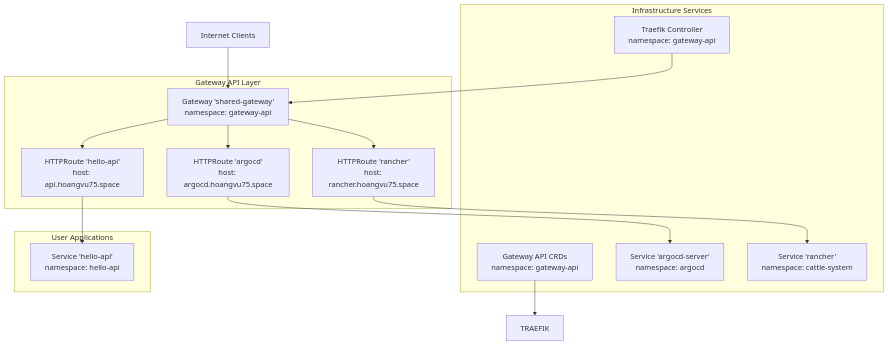
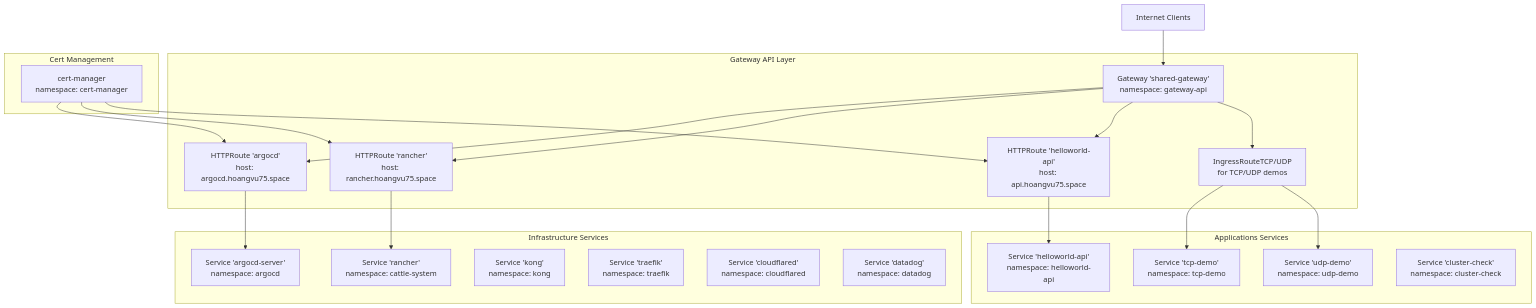
The second of 6 diagrams in .qoder/repowiki/en/content/Playground Applications/Playground Applications.md (Hoangvu75/k8s_manifest), drawn with Mermaid before and after one commit. The commit also changed other lines of this file and 31 other files, not shown here.

````diff
--- a/.qoder/repowiki/en/content/Playground Applications/Playground Applications.md
+++ b/.qoder/repowiki/en/content/Playground Applications/Playground Applications.md
@@ -131,28 +145,41 @@
 ```mermaid
 graph TB
 Internet["Internet Clients"]
 subgraph "Gateway API Layer"
 SharedGW["Gateway 'shared-gateway'<br/>namespace: gateway-api"]
 ARGOHR["HTTPRoute 'argocd'<br/>host: argocd.hoangvu75.space"]
 RANCHHR["HTTPRoute 'rancher'<br/>host: rancher.hoangvu75.space"]
-HELLOHR["HTTPRoute 'hello-api'<br/>host: api.hoangvu75.space"]
+HELLOHR["HTTPRoute 'helloworld-api'<br/>host: api.hoangvu75.space"]
+ENDPOINT["IngressRouteTCP/UDP<br/>for TCP/UDP demos"]
+end
+subgraph "Applications Services"
+HELLO["Service 'helloworld-api'<br/>namespace: helloworld-api"]
+TCPDEMO["Service 'tcp-demo'<br/>namespace: tcp-demo"]
+UDPDEMO["Service 'udp-demo'<br/>namespace: udp-demo"]
+CLUSTER["Service 'cluster-check'<br/>namespace: cluster-check"]
 end
 subgraph "Infrastructure Services"
-GATEWAYAPI["Gateway API CRDs<br/>namespace: gateway-api"]
-TRADEFIK["Traefik Controller<br/>namespace: gateway-api"]
 ARGO["Service 'argocd-server'<br/>namespace: argocd"]
 RANCH["Service 'rancher'<br/>namespace: cattle-system"]
+KONG["Service 'kong'<br/>namespace: kong"]
+TRADEFIK["Service 'traefik'<br/>namespace: traefik"]
+CLOUDFLARE["Service 'cloudflared'<br/>namespace: cloudflared"]
+DATADOG["Service 'datadog'<br/>namespace: datadog"]
 end
-subgraph "User Applications"
-HELLO["Service 'hello-api'<br/>namespace: hello-api"]
+subgraph "Cert Management"
+CM["cert-manager<br/>namespace: cert-manager"]
 end
 Internet --> SharedGW
 SharedGW --> ARGOHR
 SharedGW --> RANCHHR
 SharedGW --> HELLOHR
+SharedGW --> ENDPOINT
 ARGOHR --> ARGO
 RANCHHR --> RANCH
 HELLOHR --> HELLO
-GATEWAYAPI --> TRAEFIK
-TRADEFIK --> SharedGW
+ENDPOINT --> TCPDEMO
+ENDPOINT --> UDPDEMO
+CM --> ARGOHR
+CM --> RANCHHR
+CM --> HELLOHR
 ```
````
